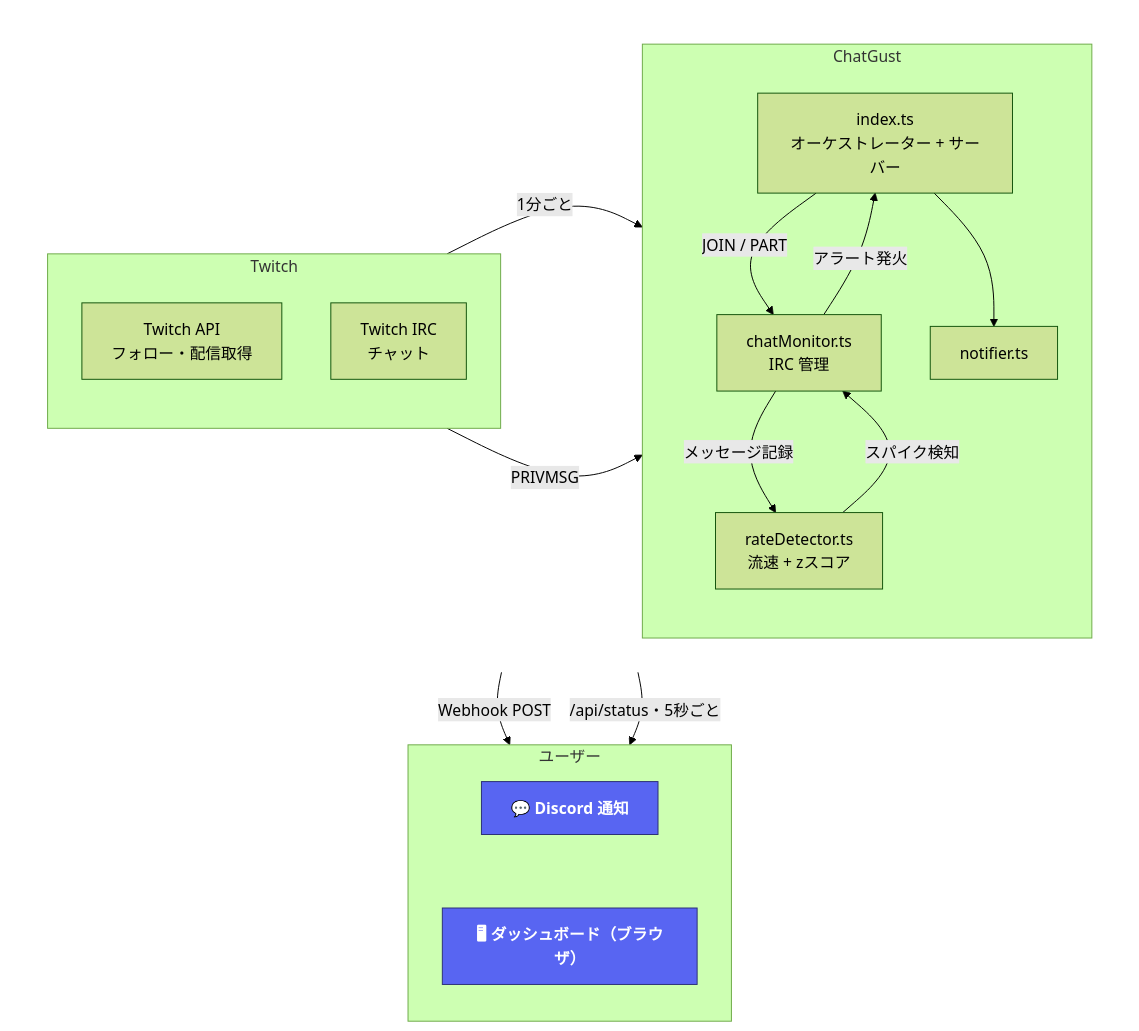
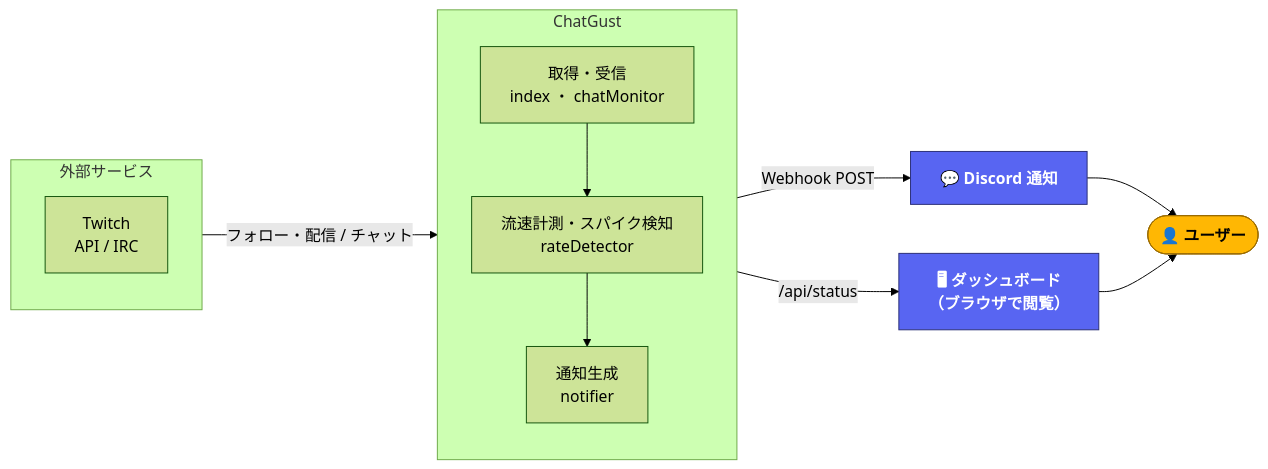
Before and after one commit to endomasayaendo/chatgust: the diagram in README.md, drawn with Mermaid (forest theme). The commit also changed other lines of this file, not shown here.

Commit message:
docs: READMEを全面刷新（見やすさ・構成図・self-host手順）

````diff
--- a/README.md
+++ b/README.md
@@ -45,43 +43,32 @@
 ```mermaid
-flowchart TB
-  %% 上段: Twitch → ChatGust（横並び）を1つのグループにネスト
-  subgraph pipeline[" "]
-    direction LR
-    subgraph Twitch
-      direction TB
-      API["Twitch API<br/>フォロー・配信取得"]
-      IRC["Twitch IRC<br/>チャット"]
-    end
-    subgraph ChatGust
-      direction TB
-      idx["index.ts<br/>オーケストレーター + サーバー"]
-      mon["chatMonitor.ts<br/>IRC 管理"]
-      det["rateDetector.ts<br/>流速 + zスコア"]
-      not["notifier.ts"]
-      idx -->|JOIN / PART| mon
-      mon -->|メッセージ記録| det
-      det -->|スパイク検知| mon
-      mon -->|アラート発火| idx
-      idx --> not
-    end
-    API -->|1分ごと| idx
-    IRC -->|PRIVMSG| mon
+flowchart LR
+  %% --- 外部サービス ---
+  subgraph ext["外部サービス"]
+    direction TB
+    Twitch["Twitch<br/>API / IRC"]
   end
 
-  %% 下段: ユーザー（ChatGust の下）
-  subgraph User["ユーザー"]
+  %% --- ChatGust 本体（役割で集約）---
+  subgraph app["ChatGust"]
     direction TB
-    Discord["💬 Discord 通知"]
-    Browser["🖥 ダッシュボード（ブラウザ）"]
-    Discord ~~~ Browser
+    ingest["取得・受信<br/>index ・ chatMonitor"]
+    detect["流速計測・スパイク検知<br/>rateDetector"]
+    notify["通知生成<br/>notifier"]
+    ingest --> detect --> notify
   end
 
-  not -->|Webhook POST| Discord
-  idx -->|/api/status・5秒ごと| Browser
+  %% --- ユーザーの受け取り口 ---
+  Discord["💬 Discord 通知"]
+  Dash["🖥 ダッシュボード<br/>（ブラウザで閲覧）"]
+
+  Twitch -->|フォロー・配信 / チャット| ingest
+  notify -->|Webhook POST| Discord
+  ingest -->|/api/status| Dash
+  Discord --> User(["👤 ユーザー"])
+  Dash --> User
 
   classDef iface fill:#5865F2,stroke:#2b2f77,color:#fff,font-weight:bold;
-  class Discord,Browser iface;
-
-  %% 上段グループの外枠を透明化（見た目はネストなし）
-  style pipeline fill:none,stroke:none;
+  class Discord,Dash iface;
+  classDef person fill:#ffb703,stroke:#9a6b00,color:#000,font-weight:bold;
+  class User person;
 ```
````
